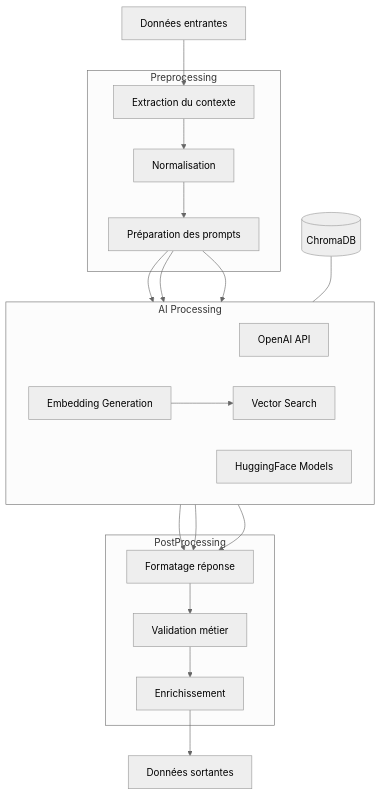
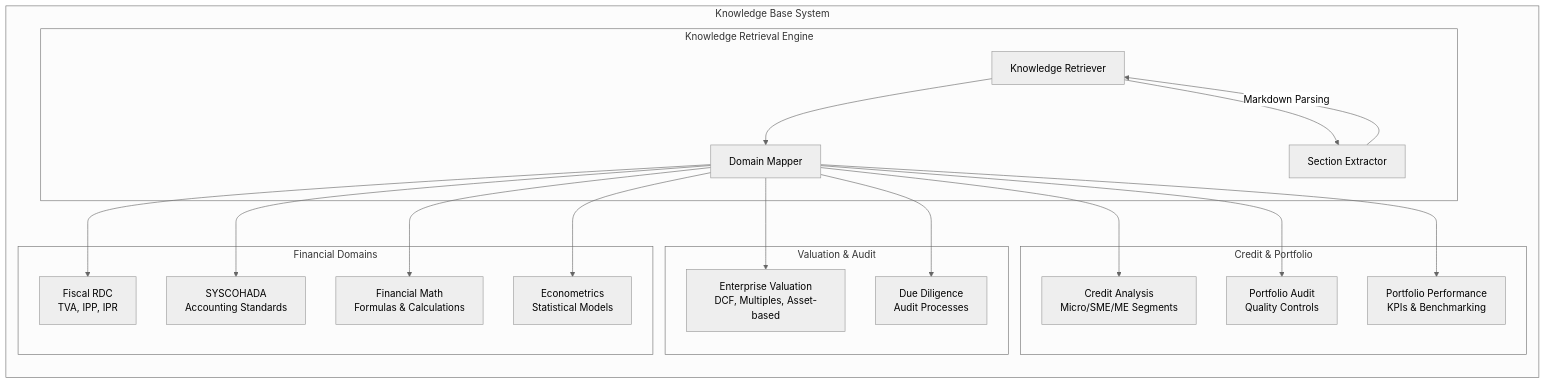
The second of 4 diagrams in docs/adha_ai_service_diagrams.md (jaqcquesndav/Wanzo_Backend), drawn with Mermaid (neutral theme) before and after one commit. The commit also changed other lines of this file and 73 other files, not shown here.

````diff
--- a/docs/adha_ai_service_diagrams.md
+++ b/docs/adha_ai_service_diagrams.md
@@ -76,45 +66,44 @@
 ```mermaid
 flowchart TD
-    Input[Données entrantes]
-    
-    subgraph "Preprocessing"
-        Extract[Extraction du contexte]
-        Normalize[Normalisation]
-        Prepare[Préparation des prompts]
+    subgraph "Knowledge Base System"
+        direction TB
+        
+        subgraph "Financial Domains"
+            Fiscal[Fiscal RDC<br/>TVA, IPP, IPR]
+            Accounting[SYSCOHADA<br/>Accounting Standards]
+            FinMath[Financial Math<br/>Formulas & Calculations]
+            Econometrics[Econometrics<br/>Statistical Models]
+        end
+        
+        subgraph "Valuation & Audit"
+            Valuation[Enterprise Valuation<br/>DCF, Multiples, Asset-based]
+            DueDiligence[Due Diligence<br/>Audit Processes]
+        end
+        
+        subgraph "Credit & Portfolio"
+            Credit[Credit Analysis<br/>Micro/SME/ME Segments]
+            PortfolioAudit[Portfolio Audit<br/>Quality Controls]
+            PortfolioPerf[Portfolio Performance<br/>KPIs & Benchmarking]
+        end
+        
+        subgraph "Knowledge Retrieval Engine"
+            Retriever[Knowledge Retriever]
+            Mapper[Domain Mapper]
+            Extractor[Section Extractor]
+        end
     end
     
-    subgraph "AI Processing"
-        direction LR
-        OpenAI[OpenAI API]
-        HF[HuggingFace Models]
-        Embedding[Embedding Generation]
-        VectorSearch[Vector Search]
-    end
+    Retriever --> Mapper
+    Mapper --> Fiscal
+    Mapper --> Accounting
+    Mapper --> FinMath
+    Mapper --> Econometrics
+    Mapper --> Valuation
+    Mapper --> DueDiligence
+    Mapper --> Credit
+    Mapper --> PortfolioAudit
+    Mapper --> PortfolioPerf
     
-    subgraph "PostProcessing"
-        Format[Formatage réponse]
-        Validate[Validation métier]
-        Enrich[Enrichissement]
-    end
-    
-    Input --> Extract
-    Extract --> Normalize
-    Normalize --> Prepare
-    
-    Prepare --> OpenAI
-    Prepare --> HF
-    Prepare --> Embedding
-    
-    Embedding --> VectorSearch
-    
-    OpenAI --> Format
-    HF --> Format
-    VectorSearch --> Format
-    
-    Format --> Validate
-    Validate --> Enrich
-    
-    Enrich --> Output[Données sortantes]
-    
-    ChromaDB[(ChromaDB)] --- VectorSearch
+    Retriever --> Extractor
+    Extractor -->|Markdown Parsing| Retriever
 ```
````
